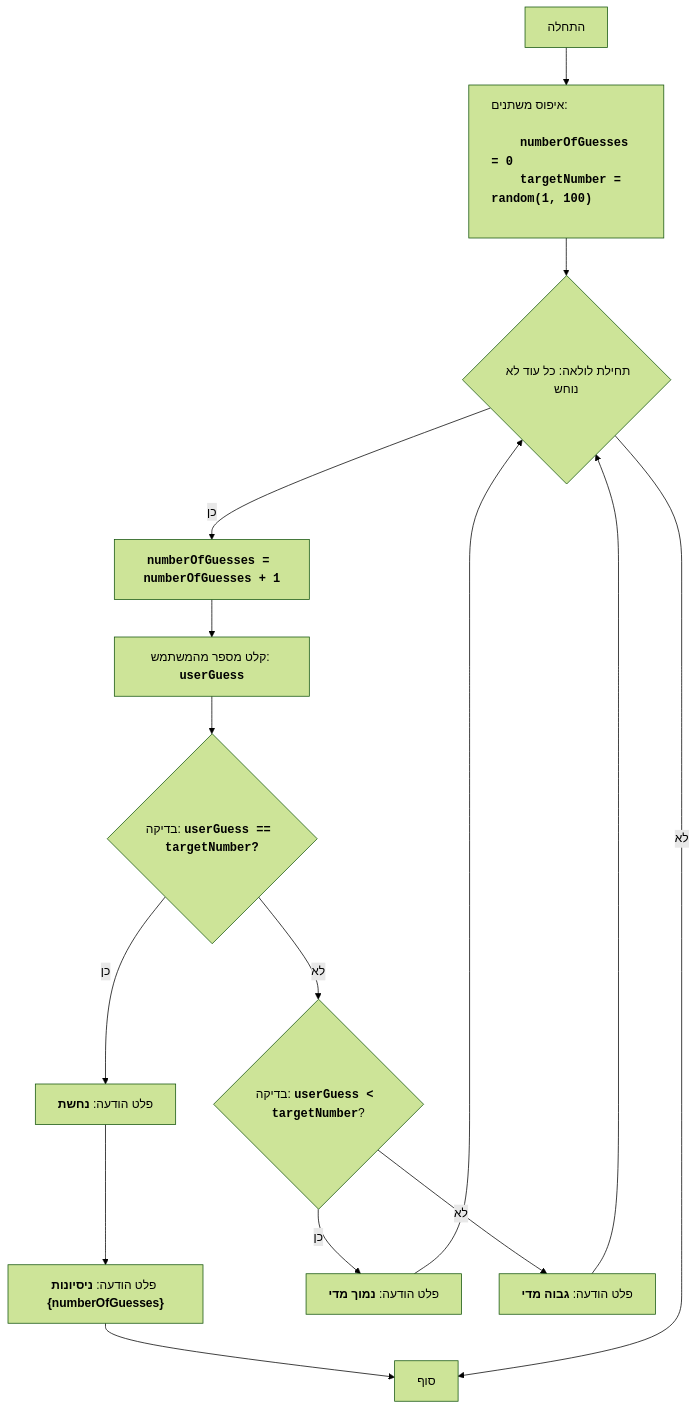
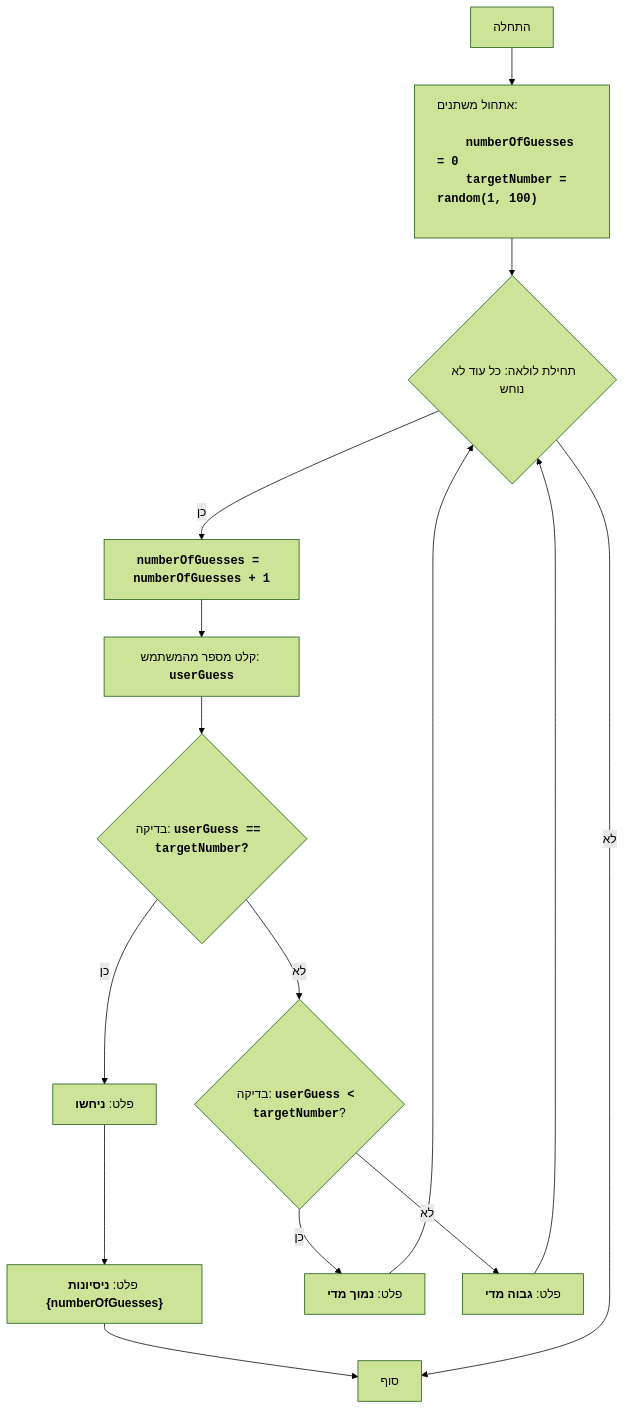
One commit to hypo69/hypo changed the diagram in docs/gemini/he/doc/src/endpoints/ai_games/101_basic_computer_games/ru/GAMES/BUZZWD/README.MD.md. Above: the diagram before and after it, drawn with Mermaid (forest theme). The commit also changed other lines of this file and 885 other files, not shown here.

````diff
--- a/docs/gemini/he/doc/src/endpoints/ai_games/101_basic_computer_games/ru/GAMES/BUZZWD/README.MD.md
+++ b/docs/gemini/he/doc/src/endpoints/ai_games/101_basic_computer_games/ru/GAMES/BUZZWD/README.MD.md
@@ -37,18 +37,18 @@
 ```mermaid
 flowchart TD
-    Start["התחלה"] --> InitializeVariables["<p align='left'>איפוס משתנים:\n    <code><b>\n    numberOfGuesses = 0\n    targetNumber = random(1, 100)\n    </b></code></p>"]
+    Start["התחלה"] --> InitializeVariables["<p align='left'>אתחול משתנים:\n    <code><b>\n    numberOfGuesses = 0\n    targetNumber = random(1, 100)\n    </b></code></p>"]
     InitializeVariables --> LoopStart{"תחילת לולאה: כל עוד לא נוחש"}
     LoopStart -- כן --> IncreaseGuesses["<code><b>numberOfGuesses = numberOfGuesses + 1</b></code>"]
     IncreaseGuesses --> InputGuess["קלט מספר מהמשתמש: <code><b>userGuess</b></code>"]
     InputGuess --> CheckGuess{"בדיקה: <code><b>userGuess == targetNumber?</b></code>"}
-    CheckGuess -- כן --> OutputWin["פלט הודעה: <b>נחשת</b>"]
-    OutputWin --> OutputAttempts["פלט הודעה: <b>ניסיונות {numberOfGuesses}</b>"]
+    CheckGuess -- כן --> OutputWin["פלט: <b>ניחשו</b>"]
+    OutputWin --> OutputAttempts["פלט: <b>ניסיונות {numberOfGuesses}</b>"]
     OutputAttempts --> End["סוף"]
     CheckGuess -- לא --> CheckLow{"בדיקה: <code><b>userGuess < targetNumber</b></code>?"}
-    CheckLow -- כן --> OutputLow["פלט הודעה: <b>נמוך מדי</b>"]
+    CheckLow -- כן --> OutputLow["פלט: <b>נמוך מדי</b>"]
     OutputLow --> LoopStart
-    CheckLow -- לא --> OutputHigh["פלט הודעה: <b>גבוה מדי</b>"]
+    CheckLow -- לא --> OutputHigh["פלט: <b>גבוה מדי</b>"]
     OutputHigh --> LoopStart
     LoopStart -- לא --> End
 
 ```
````
